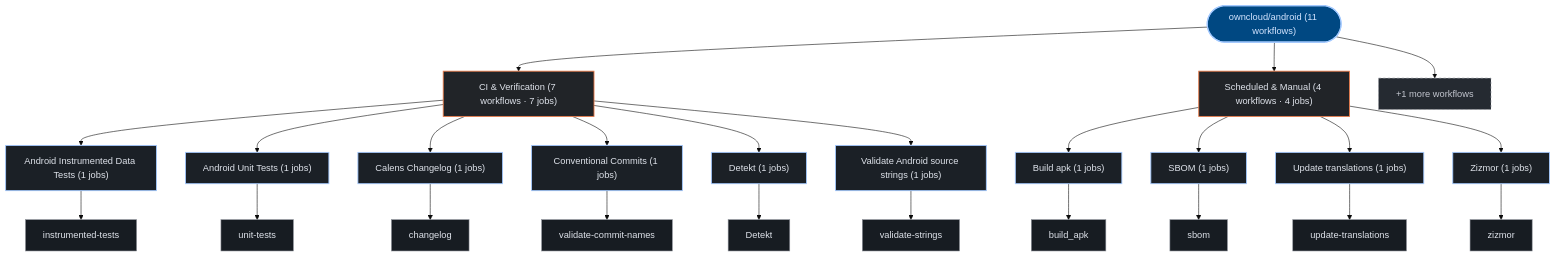
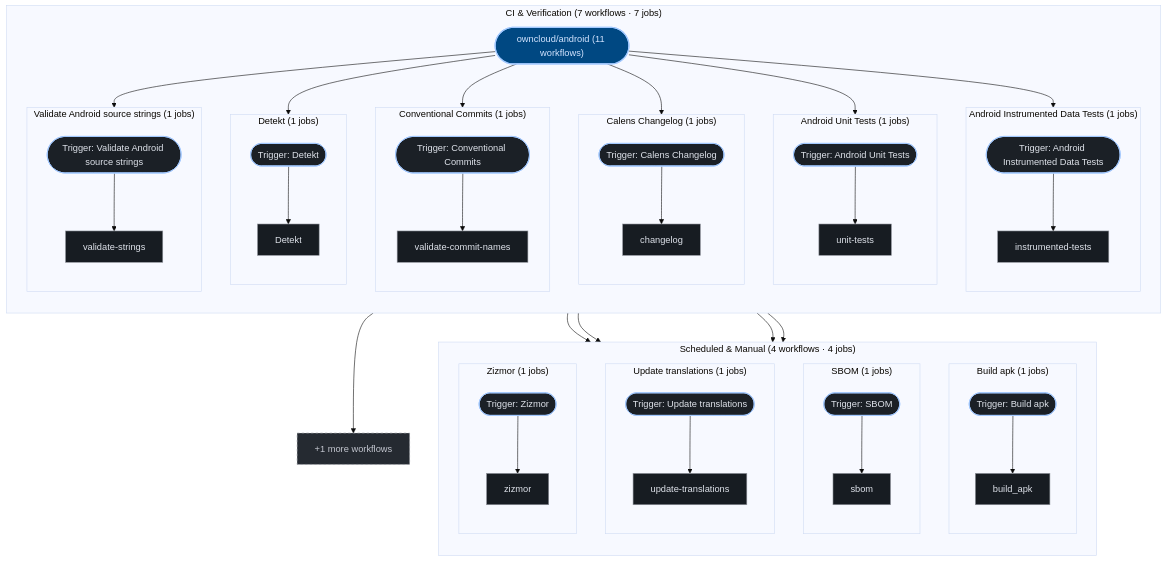
Before and after one commit to kumarshaz/atruss-code-atlas: the second of 2 diagrams in exports/latest/reports/owncloud-android-report.md, drawn with Mermaid (base theme). The commit also changed 181 other files, not shown here.

````diff
--- a/exports/latest/reports/owncloud-android-report.md
+++ b/exports/latest/reports/owncloud-android-report.md
@@ -97,50 +97,82 @@
   classDef atlasAlert fill:#93000a,stroke:#ffb4ab,stroke-width:1.5px,color:#ffdad6
   classDef atlasMore fill:#252a31,stroke:#8d9199,stroke-dasharray:4 4,color:#c3c6cf
   pipeline_root(["owncloud/android (11 workflows)"]):::atlasRoot
-  grp_0_CI___Verification["CI & Verification (7 workflows · 7 jobs)"]:::atlasCategory
-  pipeline_root --> grp_0_CI___Verification
-  wf_0_Android_Instrumented_Data_Tests["Android Instrumented Data Tests (1 jobs)"]:::atlasWorkflow
-  grp_0_CI___Verification --> wf_0_Android_Instrumented_Data_Tests
-  job_0_instrumented_tests["instrumented-tests"]:::atlasJob
-  wf_0_Android_Instrumented_Data_Tests --> job_0_instrumented_tests
-  wf_1_Android_Unit_Tests["Android Unit Tests (1 jobs)"]:::atlasWorkflow
-  grp_0_CI___Verification --> wf_1_Android_Unit_Tests
-  job_1_unit_tests["unit-tests"]:::atlasJob
-  wf_1_Android_Unit_Tests --> job_1_unit_tests
-  wf_3_Calens_Changelog["Calens Changelog (1 jobs)"]:::atlasWorkflow
-  grp_0_CI___Verification --> wf_3_Calens_Changelog
-  job_3_changelog["changelog"]:::atlasJob
-  wf_3_Calens_Changelog --> job_3_changelog
-  wf_4_Conventional_Commits["Conventional Commits (1 jobs)"]:::atlasWorkflow
-  grp_0_CI___Verification --> wf_4_Conventional_Commits
-  job_4_validate_commit_names["validate-commit-names"]:::atlasJob
-  wf_4_Conventional_Commits --> job_4_validate_commit_names
-  wf_5_Detekt["Detekt (1 jobs)"]:::atlasWorkflow
-  grp_0_CI___Verification --> wf_5_Detekt
-  job_5_Detekt["Detekt"]:::atlasJob
-  wf_5_Detekt --> job_5_Detekt
-  wf_9_Validate_Android_source_strings["Validate Android source strings (1 jobs)"]:::atlasWorkflow
-  grp_0_CI___Verification --> wf_9_Validate_Android_source_strings
-  job_9_validate_strings["validate-strings"]:::atlasJob
-  wf_9_Validate_Android_source_strings --> job_9_validate_strings
-  grp_1_Scheduled___Manual["Scheduled & Manual (4 workflows · 4 jobs)"]:::atlasCategory
-  pipeline_root --> grp_1_Scheduled___Manual
-  wf_2_Build_apk["Build apk (1 jobs)"]:::atlasWorkflow
-  grp_1_Scheduled___Manual --> wf_2_Build_apk
-  job_2_build_apk["build_apk"]:::atlasJob
-  wf_2_Build_apk --> job_2_build_apk
-  wf_7_SBOM["SBOM (1 jobs)"]:::atlasWorkflow
-  grp_1_Scheduled___Manual --> wf_7_SBOM
-  job_7_sbom["sbom"]:::atlasJob
-  wf_7_SBOM --> job_7_sbom
-  wf_8_Update_translations["Update translations (1 jobs)"]:::atlasWorkflow
-  grp_1_Scheduled___Manual --> wf_8_Update_translations
-  job_8_update_translations["update-translations"]:::atlasJob
-  wf_8_Update_translations --> job_8_update_translations
-  wf_10_Zizmor["Zizmor (1 jobs)"]:::atlasWorkflow
-  grp_1_Scheduled___Manual --> wf_10_Zizmor
-  job_10_zizmor["zizmor"]:::atlasJob
-  wf_10_Zizmor --> job_10_zizmor
+  subgraph sg_grp_0_CI___Verification["CI & Verification (7 workflows · 7 jobs)"]
+    direction TB
+    subgraph sg_wf_0_Android_Instrumented_Data_Tests["Android Instrumented Data Tests (1 jobs)"]
+      direction TB
+      wf_0_Android_Instrumented_Data_Tests(["Trigger: Android Instrumented Data Tests"]):::atlasWorkflow
+      job_0_instrumented_tests["instrumented-tests"]:::atlasJob
+      wf_0_Android_Instrumented_Data_Tests --> job_0_instrumented_tests
+    end
+    pipeline_root --> wf_0_Android_Instrumented_Data_Tests
+    subgraph sg_wf_1_Android_Unit_Tests["Android Unit Tests (1 jobs)"]
+      direction TB
+      wf_1_Android_Unit_Tests(["Trigger: Android Unit Tests"]):::atlasWorkflow
+      job_1_unit_tests["unit-tests"]:::atlasJob
+      wf_1_Android_Unit_Tests --> job_1_unit_tests
+    end
+    pipeline_root --> wf_1_Android_Unit_Tests
+    subgraph sg_wf_3_Calens_Changelog["Calens Changelog (1 jobs)"]
+      direction TB
+      wf_3_Calens_Changelog(["Trigger: Calens Changelog"]):::atlasWorkflow
+      job_3_changelog["changelog"]:::atlasJob
+      wf_3_Calens_Changelog --> job_3_changelog
+    end
+    pipeline_root --> wf_3_Calens_Changelog
+    subgraph sg_wf_4_Conventional_Commits["Conventional Commits (1 jobs)"]
+      direction TB
+      wf_4_Conventional_Commits(["Trigger: Conventional Commits"]):::atlasWorkflow
+      job_4_validate_commit_names["validate-commit-names"]:::atlasJob
+      wf_4_Conventional_Commits --> job_4_validate_commit_names
+    end
+    pipeline_root --> wf_4_Conventional_Commits
+    subgraph sg_wf_5_Detekt["Detekt (1 jobs)"]
+      direction TB
+      wf_5_Detekt(["Trigger: Detekt"]):::atlasWorkflow
+      job_5_Detekt["Detekt"]:::atlasJob
+      wf_5_Detekt --> job_5_Detekt
+    end
+    pipeline_root --> wf_5_Detekt
+    subgraph sg_wf_9_Validate_Android_source_strings["Validate Android source strings (1 jobs)"]
+      direction TB
+      wf_9_Validate_Android_source_strings(["Trigger: Validate Android source strings"]):::atlasWorkflow
+      job_9_validate_strings["validate-strings"]:::atlasJob
+      wf_9_Validate_Android_source_strings --> job_9_validate_strings
+    end
+    pipeline_root --> wf_9_Validate_Android_source_strings
+  end
+  subgraph sg_grp_1_Scheduled___Manual["Scheduled & Manual (4 workflows · 4 jobs)"]
+    direction TB
+    subgraph sg_wf_2_Build_apk["Build apk (1 jobs)"]
+      direction TB
+      wf_2_Build_apk(["Trigger: Build apk"]):::atlasWorkflow
+      job_2_build_apk["build_apk"]:::atlasJob
+      wf_2_Build_apk --> job_2_build_apk
+    end
+    pipeline_root --> wf_2_Build_apk
+    subgraph sg_wf_7_SBOM["SBOM (1 jobs)"]
+      direction TB
+      wf_7_SBOM(["Trigger: SBOM"]):::atlasWorkflow
+      job_7_sbom["sbom"]:::atlasJob
+      wf_7_SBOM --> job_7_sbom
+    end
+    pipeline_root --> wf_7_SBOM
+    subgraph sg_wf_8_Update_translations["Update translations (1 jobs)"]
+      direction TB
+      wf_8_Update_translations(["Trigger: Update translations"]):::atlasWorkflow
+      job_8_update_translations["update-translations"]:::atlasJob
+      wf_8_Update_translations --> job_8_update_translations
+    end
+    pipeline_root --> wf_8_Update_translations
+    subgraph sg_wf_10_Zizmor["Zizmor (1 jobs)"]
+      direction TB
+      wf_10_Zizmor(["Trigger: Zizmor"]):::atlasWorkflow
+      job_10_zizmor["zizmor"]:::atlasJob
+      wf_10_Zizmor --> job_10_zizmor
+    end
+    pipeline_root --> wf_10_Zizmor
+  end
   wf_more["+1 more workflows"]:::atlasMore
   pipeline_root --> wf_more
 ```
````
